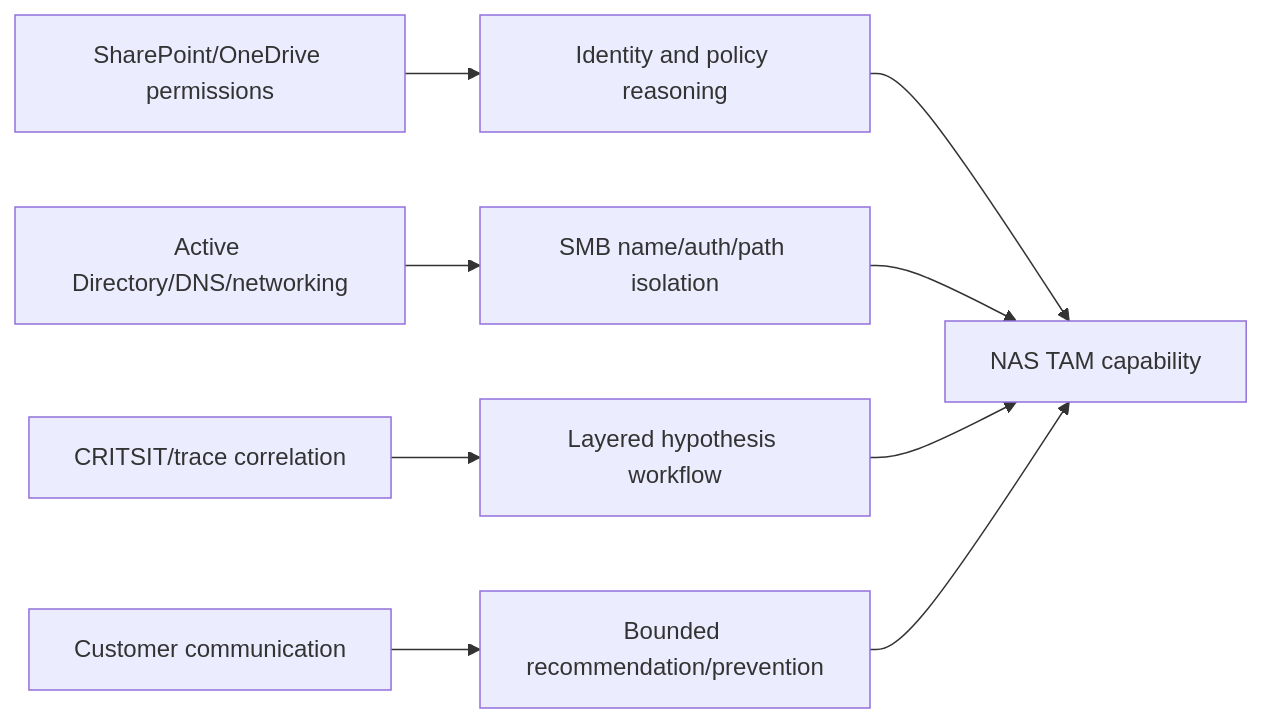
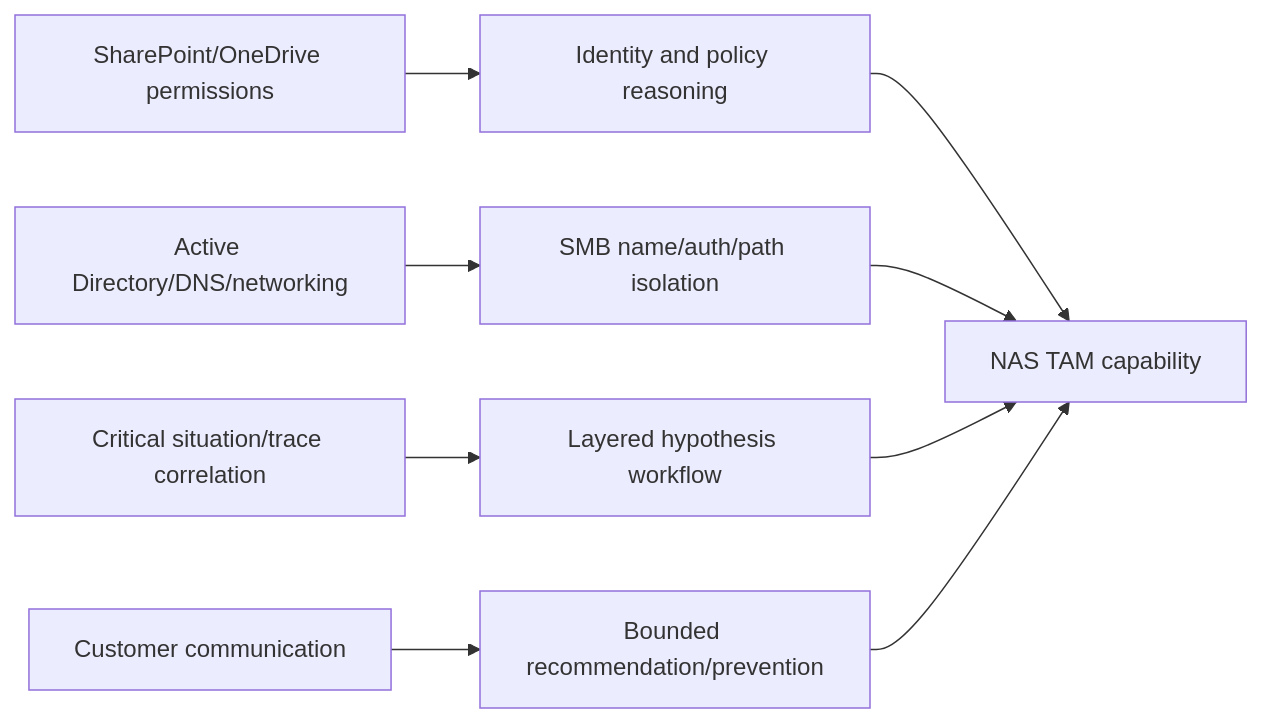
Diagram 29 of 29 in NetApp TAM/prep/Part-84-lab-nas-data-service-troubleshooting.md (hichauhan-in/Interview-Prep), drawn with Mermaid before and after one commit. The commit also changed other lines of this file and 493 other files, not shown here.

````diff
--- a/NetApp TAM/prep/Part-84-lab-nas-data-service-troubleshooting.md
+++ b/NetApp TAM/prep/Part-84-lab-nas-data-service-troubleshooting.md
@@ -542,11 +542,11 @@
 ```mermaid
 flowchart LR
     M365[SharePoint/OneDrive permissions] --> ID[Identity and policy reasoning]
     AD[Active Directory/DNS/networking] --> PATH[SMB name/auth/path isolation]
-    CRIT[CRITSIT/trace correlation] --> TROUBLE[Layered hypothesis workflow]
+    CRIT[Critical situation/trace correlation] --> TROUBLE[Layered hypothesis workflow]
     COMM[Customer communication] --> REC[Bounded recommendation/prevention]
     ID --> TAM[NAS TAM capability]
     PATH --> TAM
     TROUBLE --> TAM
     REC --> TAM
 ```
````
